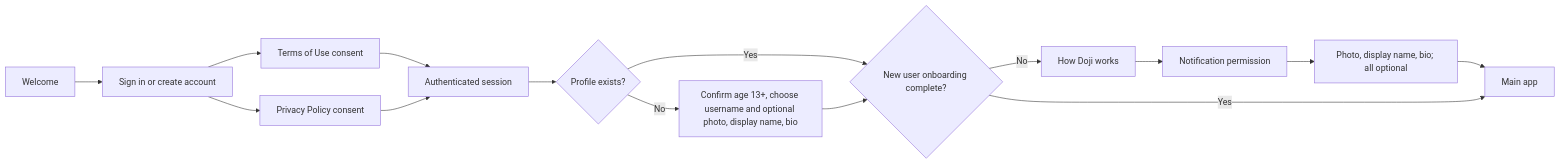
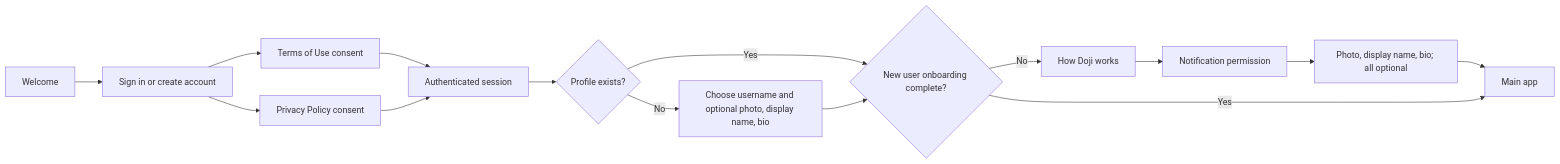
Before and after one commit to faheygs/doji: the first of 4 diagrams in DOJI_CONTEXT.md, drawn with Mermaid. The commit also changed other lines of this file and 99 other files, not shown here.

Commit message:
Harden Doji release flows and realtime runtime

````diff
--- a/DOJI_CONTEXT.md
+++ b/DOJI_CONTEXT.md
@@ -69,17 +79,17 @@
 ```mermaid
 flowchart LR
   A[Welcome] --> B[Sign in or create account]
   B --> C[Terms of Use consent]
   B --> D[Privacy Policy consent]
   C --> E[Authenticated session]
   D --> E
   E --> F{Profile exists?}
-  F -- No --> G[Confirm age 13+, choose username and optional photo, display name, bio]
+  F -- No --> G[Choose username and optional photo, display name, bio]
   F -- Yes --> H{New user onboarding complete?}
   G --> H
   H -- No --> I[How Doji works]
   I --> J[Notification permission]
   J --> K[Photo, display name, bio; all optional]
   K --> L[Main app]
   H -- Yes --> L
 ```
````
